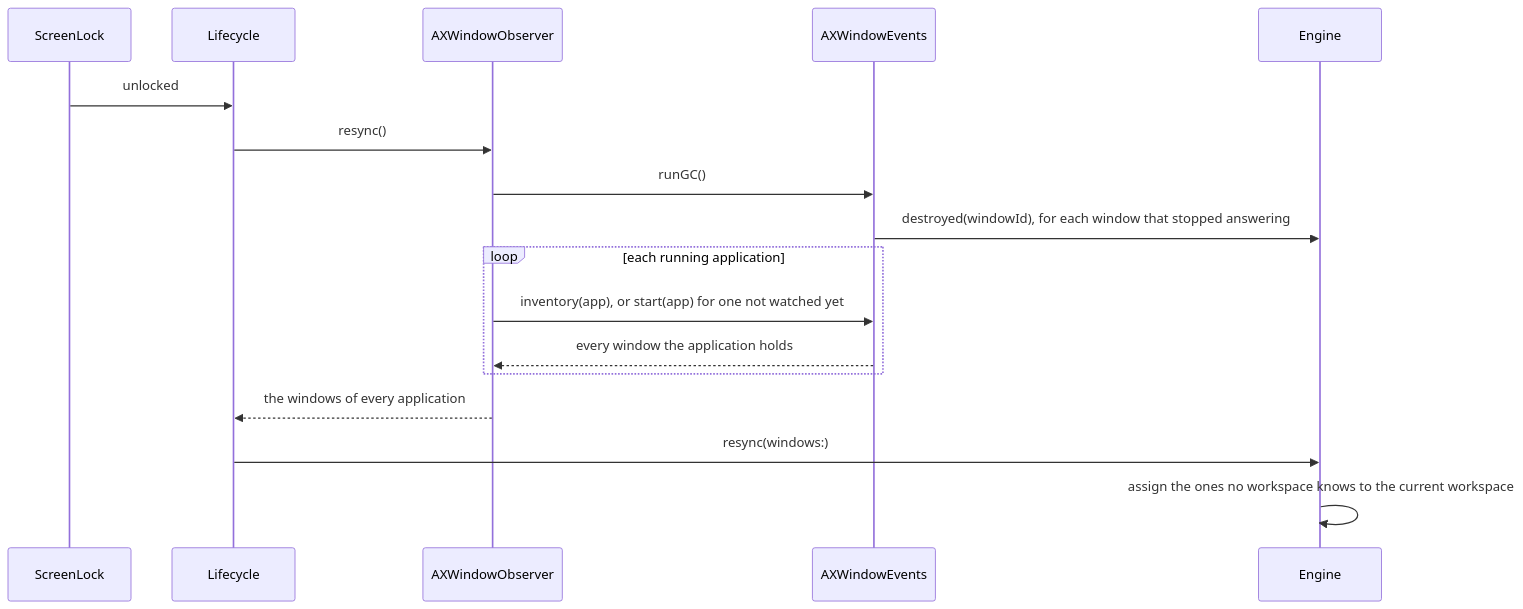
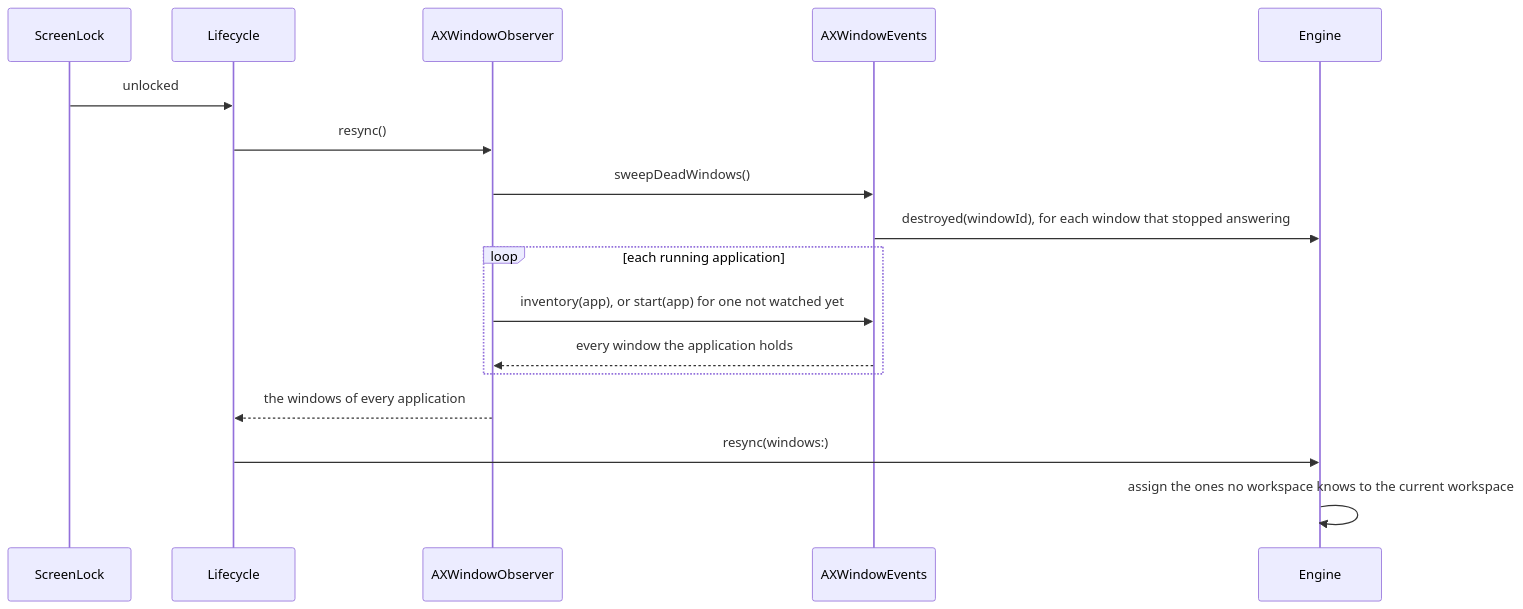
One commit to brennovich/ottowm changed diagram 15 of 18 in ARCHITECTURE.md. Above: the diagram before and after it, drawn with Mermaid. The commit also changed other lines of this file and 3 other files, not shown here.

First line of the commit message:
Rename runGC to sweepDeadWindows

````diff
--- a/ARCHITECTURE.md
+++ b/ARCHITECTURE.md
@@ -333,14 +333,14 @@
 ```mermaid
 sequenceDiagram
     ScreenLock->>Lifecycle: unlocked
     Lifecycle->>AXWindowObserver: resync()
-    AXWindowObserver->>AXWindowEvents: runGC()
+    AXWindowObserver->>AXWindowEvents: sweepDeadWindows()
     AXWindowEvents->>Engine: destroyed(windowId), for each window that stopped answering
     loop each running application
         AXWindowObserver->>AXWindowEvents: inventory(app), or start(app) for one not watched yet
         AXWindowEvents-->>AXWindowObserver: every window the application holds
     end
     AXWindowObserver-->>Lifecycle: the windows of every application
     Lifecycle->>Engine: resync(windows:)
     Engine->>Engine: assign the ones no workspace knows to the current workspace
 ```
````
